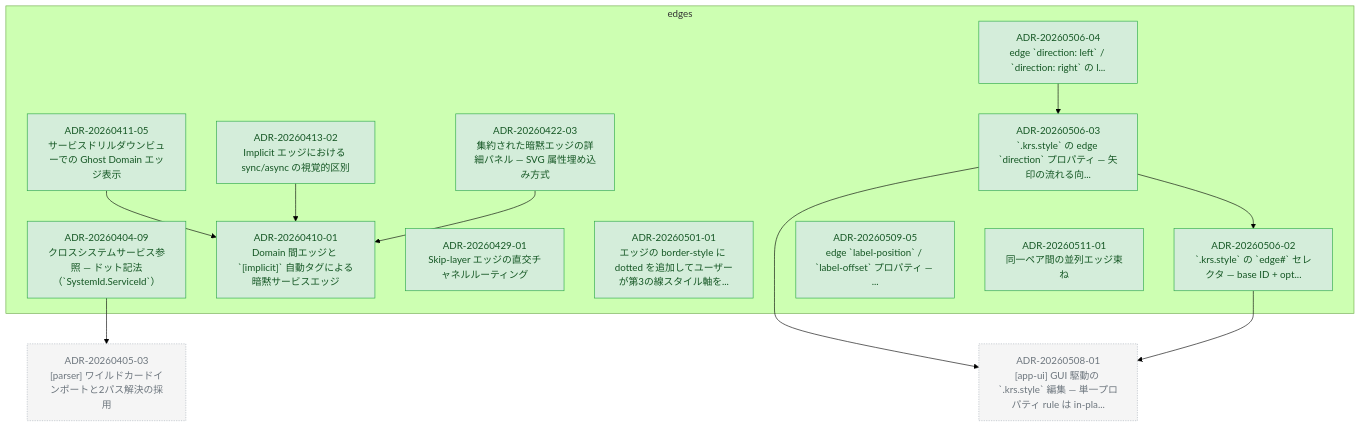
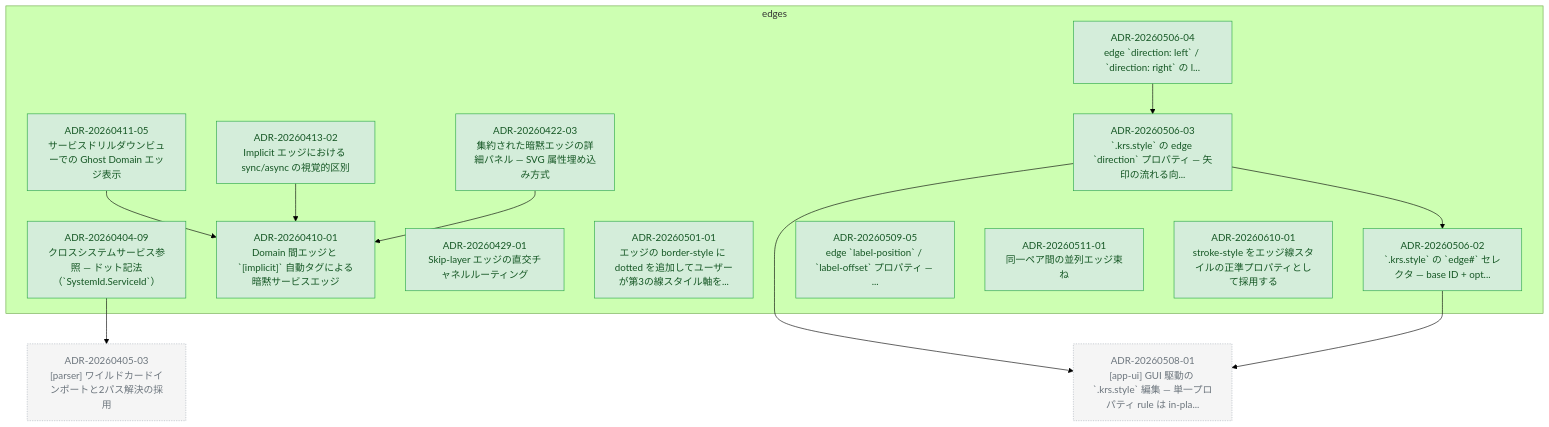
The diagram in docs/adr/graph/edges.md (kompiro/karasu), drawn with Mermaid (forest theme) before and after one commit. The commit also changed other lines of this file and 3 other files, not shown here.

````diff
--- a/docs/adr/graph/edges.md
+++ b/docs/adr/graph/edges.md
@@ -6,48 +6,50 @@
 ```mermaid
 flowchart TD
   subgraph edges["edges"]
     ADR_20260404_09["ADR-20260404-09<br/>クロスシステムサービス参照 — ドット記法（`SystemId.ServiceId`）"]
     ADR_20260410_01["ADR-20260410-01<br/>Domain 間エッジと `[implicit]` 自動タグによる暗黙サービスエッジ"]
     ADR_20260411_05["ADR-20260411-05<br/>サービスドリルダウンビューでの Ghost Domain エッジ表示"]
     ADR_20260413_02["ADR-20260413-02<br/>Implicit エッジにおける sync/async の視覚的区別"]
     ADR_20260422_03["ADR-20260422-03<br/>集約された暗黙エッジの詳細パネル — SVG 属性埋め込み方式"]
     ADR_20260429_01["ADR-20260429-01<br/>Skip-layer エッジの直交チャネルルーティング"]
     ADR_20260501_01["ADR-20260501-01<br/>エッジの border-style に dotted を追加してユーザーが第3の線スタイル軸を..."]
     ADR_20260506_02["ADR-20260506-02<br/>`.krs.style` の `edge#<id>` セレクタ — base ID + opt..."]
     ADR_20260506_03["ADR-20260506-03<br/>`.krs.style` の edge `direction` プロパティ — 矢印の流れる向..."]
     ADR_20260506_04["ADR-20260506-04<br/>edge `direction: left` / `direction: right` の l..."]
     ADR_20260509_05["ADR-20260509-05<br/>edge `label-position` / `label-offset` プロパティ — ..."]
     ADR_20260511_01["ADR-20260511-01<br/>同一ペア間の並列エッジ束ね"]
+    ADR_20260610_01["ADR-20260610-01<br/>stroke-style をエッジ線スタイルの正準プロパティとして採用する"]
   end
   ADR_20260405_03["ADR-20260405-03<br/>[parser] ワイルドカードインポートと2パス解決の採用"]
   ADR_20260508_01["ADR-20260508-01<br/>[app-ui] GUI 駆動の `.krs.style` 編集 — 単一プロパティ rule は in-pla..."]
   ADR_20260404_09 --> ADR_20260405_03
   ADR_20260411_05 --> ADR_20260410_01
   ADR_20260413_02 --> ADR_20260410_01
   ADR_20260422_03 --> ADR_20260410_01
   ADR_20260506_02 --> ADR_20260508_01
   ADR_20260506_03 --> ADR_20260508_01
   ADR_20260506_03 --> ADR_20260506_02
   ADR_20260506_04 --> ADR_20260506_03
 
   classDef accepted fill:#d4edda,stroke:#28a745,color:#155724
   classDef proposed fill:#fff3cd,stroke:#ffc107,color:#856404
   classDef deprecated fill:#f8d7da,stroke:#dc3545,color:#721c24
   classDef superseded fill:#e2e3e5,stroke:#6c757d,color:#383d41
   classDef not_adopted fill:#e2e3e5,stroke:#6c757d,color:#383d41,stroke-dasharray:3 3
   classDef ghost fill:#f5f5f5,stroke:#adb5bd,color:#6c757d,stroke-dasharray:2 2
   class ADR_20260404_09 accepted
   class ADR_20260410_01 accepted
   class ADR_20260411_05 accepted
   class ADR_20260413_02 accepted
   class ADR_20260422_03 accepted
   class ADR_20260429_01 accepted
   class ADR_20260501_01 accepted
   class ADR_20260506_02 accepted
   class ADR_20260506_03 accepted
   class ADR_20260506_04 accepted
   class ADR_20260509_05 accepted
   class ADR_20260511_01 accepted
+  class ADR_20260610_01 accepted
   class ADR_20260405_03 ghost
   class ADR_20260508_01 ghost
 ```
````
